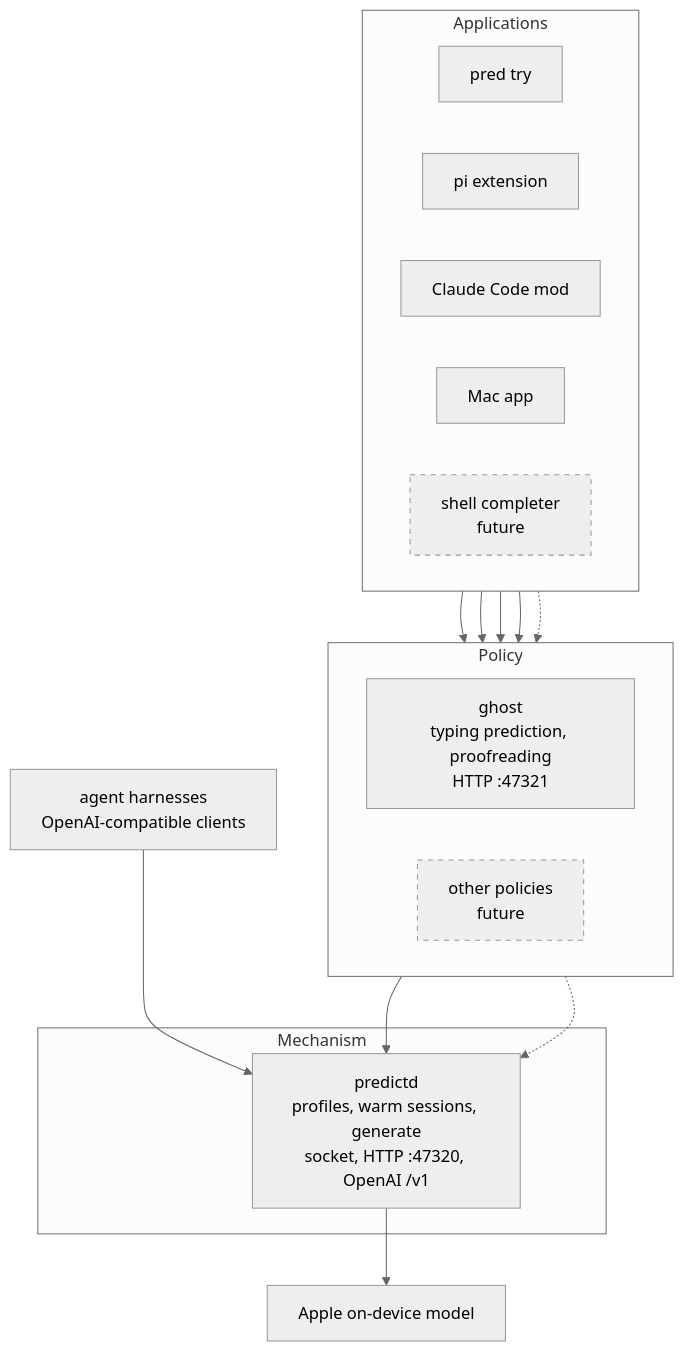
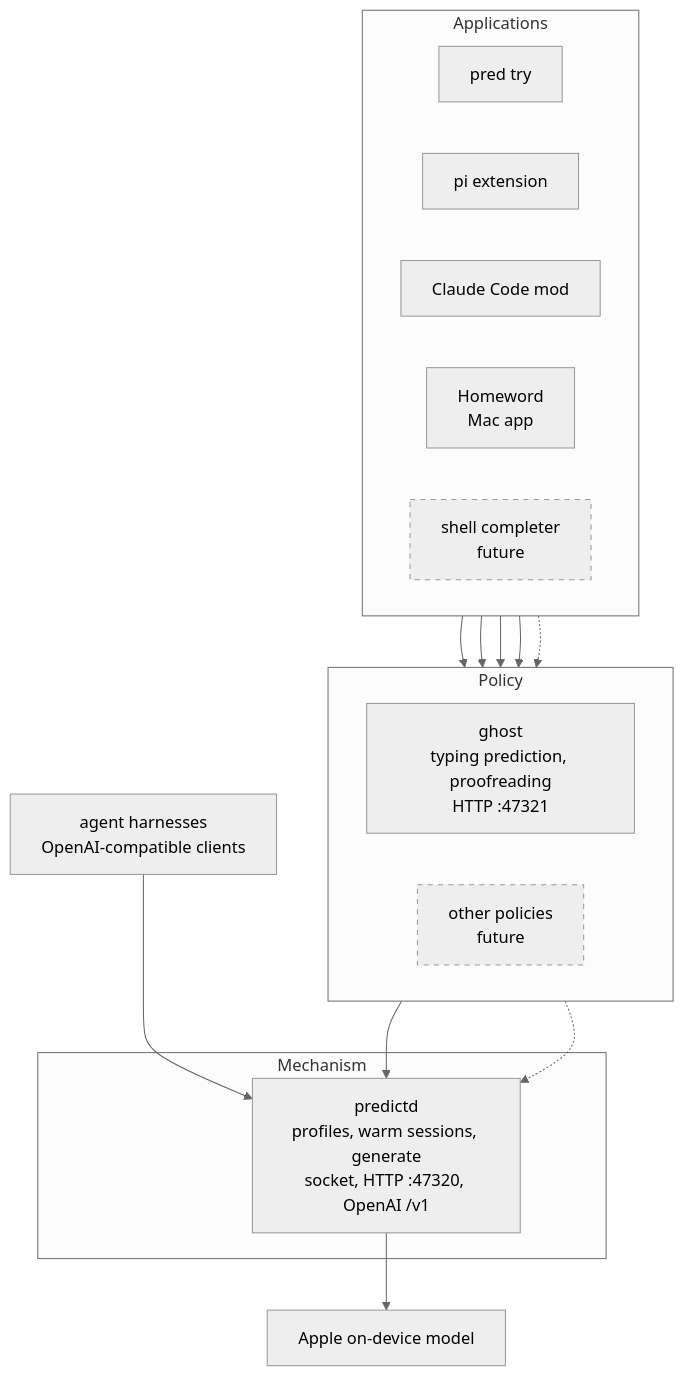
One commit to FreemanX/Homeword changed the diagram in README.md. Above: the diagram before and after it, drawn with Mermaid (neutral theme). The commit also changed other lines of this file and 19 other files, not shown here.

First line of the commit message:
Homeword: writing styles per app, prompt editor with benchmark and history, shortcuts, engine controls

````diff
--- a/README.md
+++ b/README.md
@@ -17,31 +17,31 @@
 ```mermaid
 flowchart TB
     subgraph apps["Applications"]
         direction LR
         try["pred try"]
         pi["pi extension"]
         cc["Claude Code mod"]
-        mac["Mac app"]
+        mac["Homeword<br/>Mac app"]
         next["shell completer<br/>future"]:::future
     end
     subgraph policy["Policy"]
         direction LR
         ghost["ghost<br/>typing prediction, proofreading<br/>HTTP :47321"]
         other["other policies<br/>future"]:::future
     end
     subgraph mech["Mechanism"]
         predictd["predictd<br/>profiles, warm sessions, generate<br/>socket, HTTP :47320, OpenAI /v1"]
     end
     harness["agent harnesses<br/>OpenAI-compatible clients"]
     fm["Apple on-device model"]
     try --> ghost
     pi --> ghost
     cc --> ghost
     mac --> ghost
     next -.-> ghost
     ghost --> predictd
     other -.-> predictd
     harness --> predictd
     predictd --> fm
     classDef future stroke-dasharray: 5 5
 ```
````
